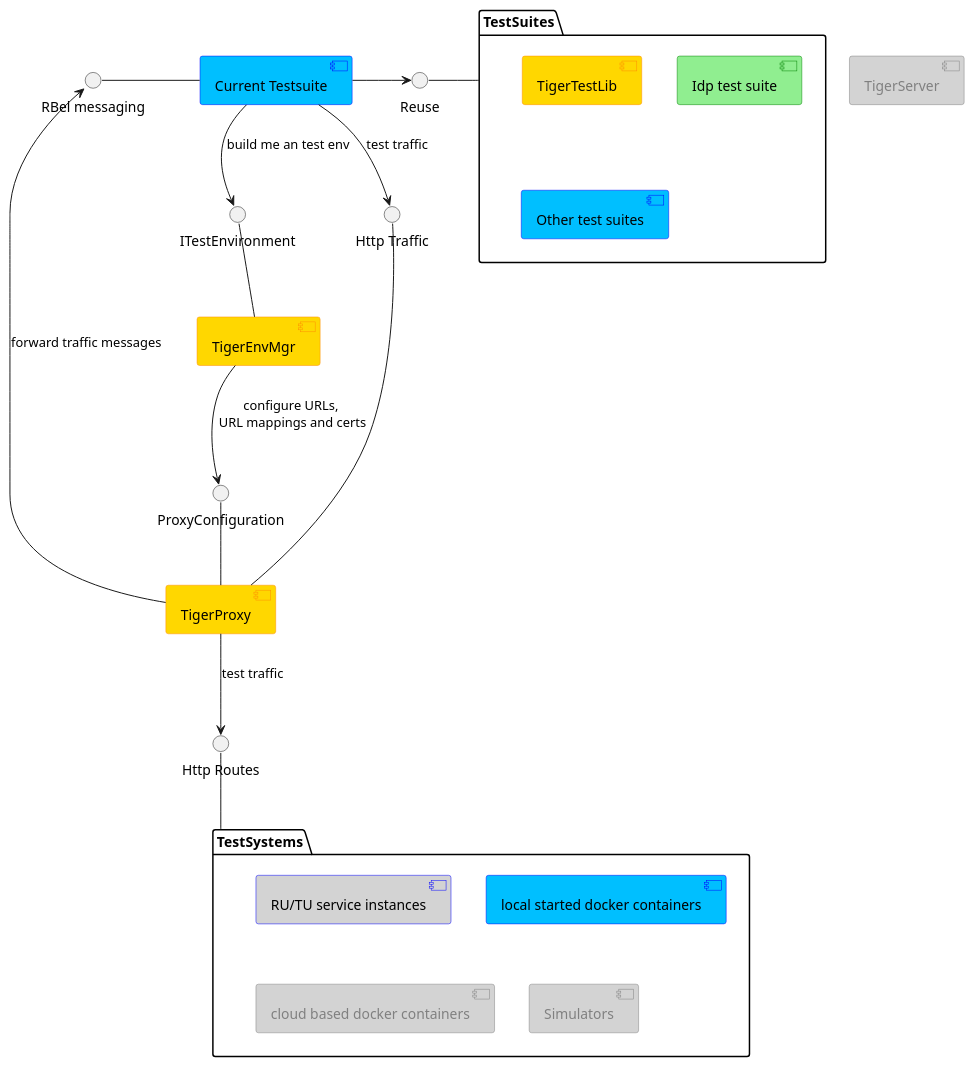
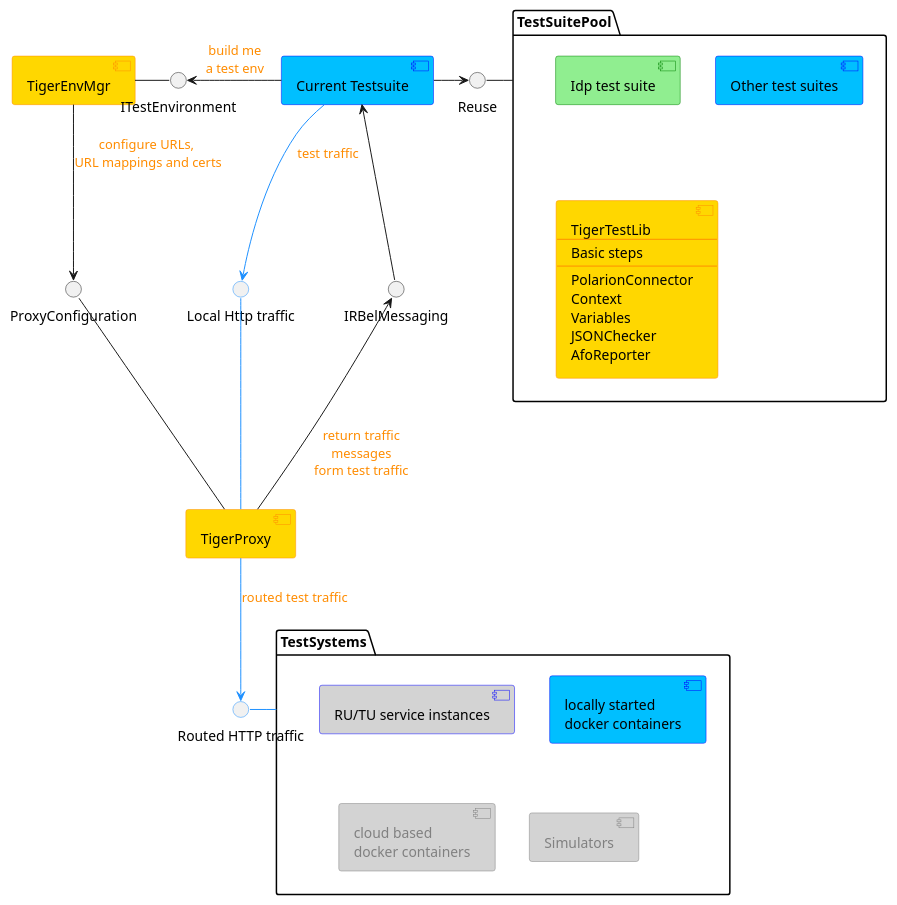
The diagram in doc/specification/tiger_components.puml (gematik/app-Tiger), drawn with PlantUML before and after one commit.

Commit message:
pimped components diagramme

```diff
--- a/doc/specification/tiger_components.puml
+++ b/doc/specification/tiger_components.puml
@@ -2,79 +2,100 @@
 @startuml
 
 hide stereotype
 
 ' left to right direction
 
 skinparam component {
     BackgroundColor Gold
     BorderColor DarkOrange
     BackgroundColor<<External>> LightGray
     BorderColor<<External>> Blue
     BackgroundColor<<Idp>> LightGreen
     BorderColor<<Idp>> Green
     BackgroundColor<<Other>> DeepSkyBlue
     BorderColor<<Other>> Blue
     BackgroundColor<<NextRelease>> LightGray
     FontColor<<NextRelease>> Gray
     BorderColor<<NextRelease>> Gray
+    ArrowColor<<HTTP>> DodgerBlue
+    FontColor<<HTTP>> Gray
+    ArrowFontColor DarkOrange
+    ArrowThickness 1
 }
 
-component TigerProxy as tp
-component TigerEnvMgr as tem
-component "Current Testsuite" as tdir <<Other>>
+skinparam interface {
+    BorderColor<<HTTP>> DodgerBlue
+}
 
-package TestSuites as suites {
-    component TigerTestLib as ts
-    component "Idp test suite" as its <<Idp>>
-    component "Other test suites" as ots <<Other>>
-}
+
+' left to right direction
+
+' component TigerServer  <<NextRelease>>
 
 package TestSystems as tsys {
     component "RU/TU service instances" as rutu <<External>>
-    component "local started docker containers" as locdock <<Other>>
+    component "locally started\ndocker containers" as locdock <<Other>>
 
-    component "cloud based docker containers" as clddock <<NextRelease>>
+    component "cloud based\ndocker containers" as clddock <<NextRelease>>
     component "Simulators" as sims <<NextRelease>>
 }
-component TigerServer  <<NextRelease>>
+
+component TigerEnvMgr as tem
+component TigerProxy as tp
+
+package TestSuitePool as suites {
+    component "Idp test suite" as its <<Idp>>
+    component "Other test suites" as ots <<Other>>
+    component TigerTestLib [
+    TigerTestLib
+    ---
+    Basic steps
+    ---
+    PolarionConnector
+    Context
+    Variables
+    JSONChecker
+    AfoReporter
+    ]
+}
+
+component "Current Testsuite" as tdir <<Other>>
+
 
 
 ' tem
 interface ITestEnvironment as item
 ' tp
-interface "Http Traffic" as ihttp
+interface "Local Http traffic" as ihttp <<HTTP>>
 interface "ProxyConfiguration" as ipconf
 ' ts
-interface "RBel messaging" as irbel
+interface "IRBelMessaging" as irbel
 'tsys
-interface "Http Routes" as iroutes
+interface "Routed HTTP traffic" as iroutes <<HTTP>>
 'suites
 ' interface "Steps" as isteps
 ' interface "Helpers" as ihelpers
 interface "Reuse" as ireuse
 
-item -- tem
-tdir --> item : build me an test env
 
-ihttp -- tp
-tdir --> ihttp : test traffic
+ihttp -down- tp <<HTTP>>
+tdir --> ihttp <<HTTP>> : test traffic
 
-iroutes -- tsys
-tp --> iroutes : test traffic
+irbel -up-> tdir
+tp -up-> irbel : return traffic\nmessages\nform test traffic
+
+
+iroutes -left- tsys <<HTTP>>
+tp --> iroutes <<HTTP>> : routed test traffic
 
 ipconf -- tp
 tem --> ipconf : configure URLs, \nURL mappings and certs
 
-irbel - tdir
-' irbel - suites
-tp -> irbel : forward traffic messages
+item -left- tem
+tdir -left-> item : build me\na test env
 
-' suites - isteps
-' suites - ihelpers
 
-' tdir --> isteps
-' tdir --> ihelpers
+ireuse -left- suites
+tdir -right-> ireuse
 
-ireuse - suites
-tdir -> ireuse
 @enduml
```
